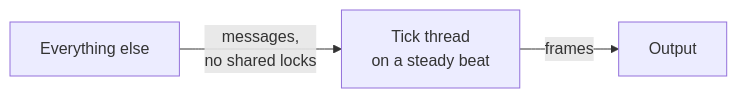
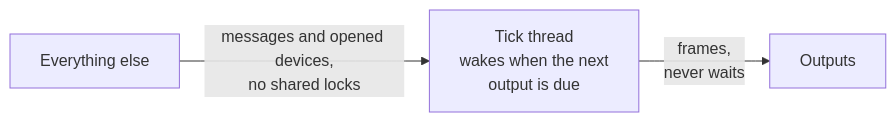
The sixth of 6 diagrams in docs/coding.md (abossard/bossylights), drawn with Mermaid before and after one commit. The commit also changed other lines of this file and 2 other files, not shown here.

Commit message:
docs: outputs, and how they get on and off the tick thread (#105)

````diff
--- a/docs/coding.md
+++ b/docs/coding.md
@@ -128,4 +128,4 @@
 ```mermaid
 flowchart LR
-  O["Everything else"] -- "messages,<br/>no shared locks" --> RT["Tick thread<br/>on a steady beat"] -- "frames" --> OUT["Output"]
+  O["Everything else"] -- "messages and opened devices,<br/>no shared locks" --> RT["Tick thread<br/>wakes when the next<br/>output is due"] -- "frames,<br/>never waits" --> OUT["Outputs"]
 ```
````
